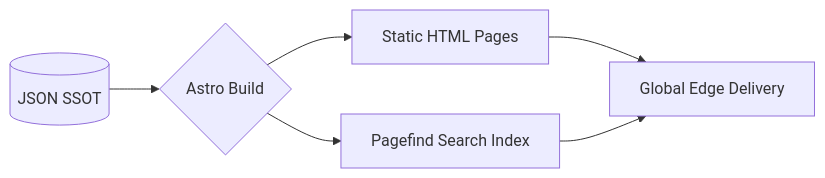
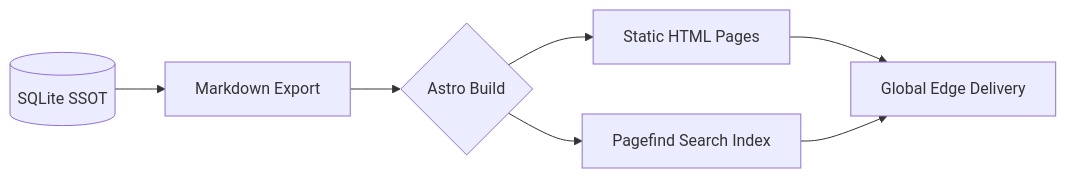
One commit to liuh886/ccus-policy-hub changed the diagram in README.md. Above: the diagram before and after it, drawn with Mermaid. The commit also changed other lines of this file and 2331 other files, not shown here.

````diff
--- a/README.md
+++ b/README.md
@@ -54,8 +54,9 @@
 ```mermaid
 graph LR
-    A[(JSON SSOT)] --> B{Astro Build}
-    B --> C[Static HTML Pages]
-    B --> D[Pagefind Search Index]
-    C --> E[Global Edge Delivery]
-    D --> E
+    A[(SQLite SSOT)] --> B[Markdown Export]
+    B --> C{Astro Build}
+    C --> D[Static HTML Pages]
+    C --> E[Pagefind Search Index]
+    D --> F[Global Edge Delivery]
+    E --> F
 ```
````
